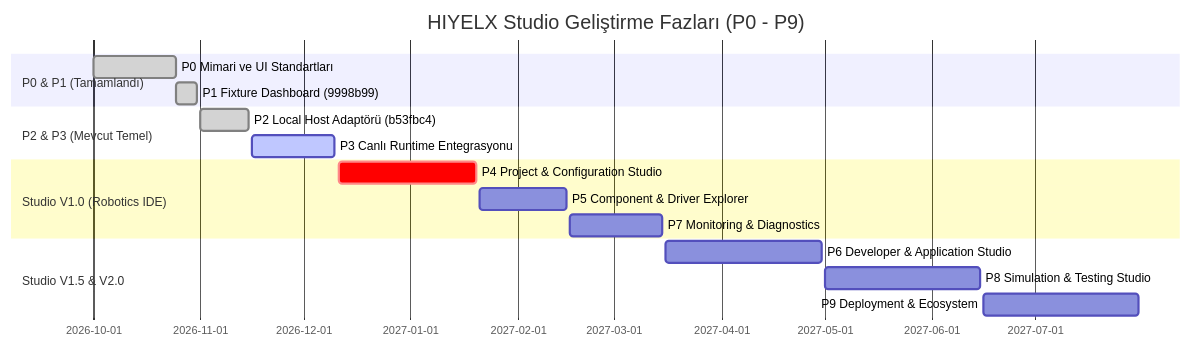
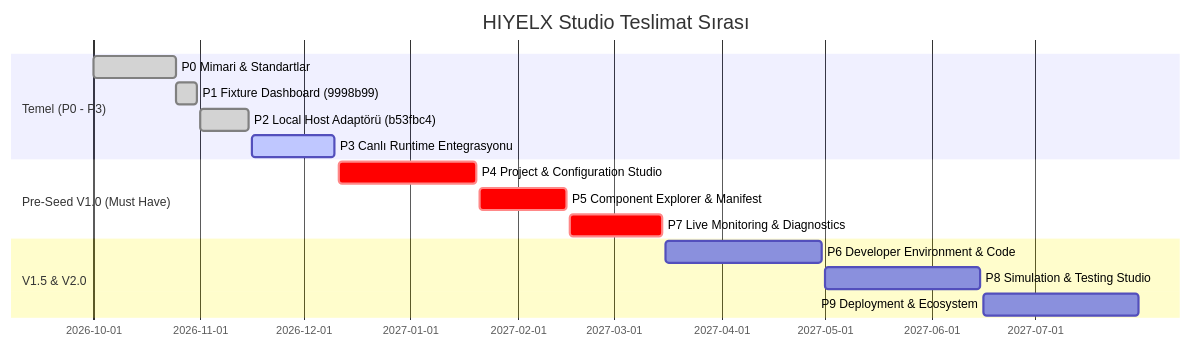
Before and after one commit to ulasusakli/hiyelx: the sixth of 6 diagrams in docs/architecture/studio-engineering-specification.md, drawn with Mermaid. The commit also changed other lines of this file and 1 other file, not shown here.

Commit message:
docs(studio): finalize ADR 0002 v1.1 and Studio Engineering Specification v1.1

````diff
--- a/docs/architecture/studio-engineering-specification.md
+++ b/docs/architecture/studio-engineering-specification.md
@@ -150,19 +280,18 @@
 ```mermaid
 gantt
-    title HIYELX Studio Geliştirme Fazları (P0 - P9)
+    title HIYELX Studio Teslimat Sırası
     dateFormat  YYYY-MM-DD
-    section P0 & P1 (Tamamlandı)
-    P0 Mimari ve UI Standartları      :done,    p0, 2026-10-01, 2026-10-25
-    P1 Fixture Dashboard (9998b99)     :done,    p1, 2026-10-25, 2026-10-31
-    section P2 & P3 (Mevcut Temel)
-    P2 Local Host Adaptörü (b53fbc4)   :done,    p2, 2026-11-01, 2026-11-15
-    P3 Canlı Runtime Entegrasyonu      :active,  p3, 2026-11-16, 2026-12-10
-    section Studio V1.0 (Robotics IDE)
-    P4 Project & Configuration Studio  :crit,    p4, 2026-12-11, 2027-01-20
-    P5 Component & Driver Explorer     :         p5, 2027-01-21, 2027-02-15
-    P7 Monitoring & Diagnostics        :         p7, 2027-02-16, 2027-03-15
-    section Studio V1.5 & V2.0
-    P6 Developer & Application Studio  :         p6, 2027-03-16, 2027-04-30
-    P8 Simulation & Testing Studio     :         p8, 2027-05-01, 2027-06-15
-    P9 Deployment & Ecosystem          :         p9, 2027-06-16, 2027-07-31
+    section Temel (P0 - P3)
+    P0 Mimari & Standartlar           :done,    p0, 2026-10-01, 2026-10-25
+    P1 Fixture Dashboard (9998b99)    :done,    p1, 2026-10-25, 2026-10-31
+    P2 Local Host Adaptörü (b53fbc4)  :done,    p2, 2026-11-01, 2026-11-15
+    P3 Canlı Runtime Entegrasyonu     :active,  p3, 2026-11-16, 2026-12-10
+    section Pre-Seed V1.0 (Must Have)
+    P4 Project & Configuration Studio :crit,    p4, 2026-12-11, 2027-01-20
+    P5 Component Explorer & Manifest  :crit,    p5, 2027-01-21, 2027-02-15
+    P7 Live Monitoring & Diagnostics  :crit,    p7, 2027-02-16, 2027-03-15
+    section V1.5 & V2.0
+    P6 Developer Environment & Code   :         p6, 2027-03-16, 2027-04-30
+    P8 Simulation & Testing Studio    :         p8, 2027-05-01, 2027-06-15
+    P9 Deployment & Ecosystem         :         p9, 2027-06-16, 2027-07-31
 ```
````
